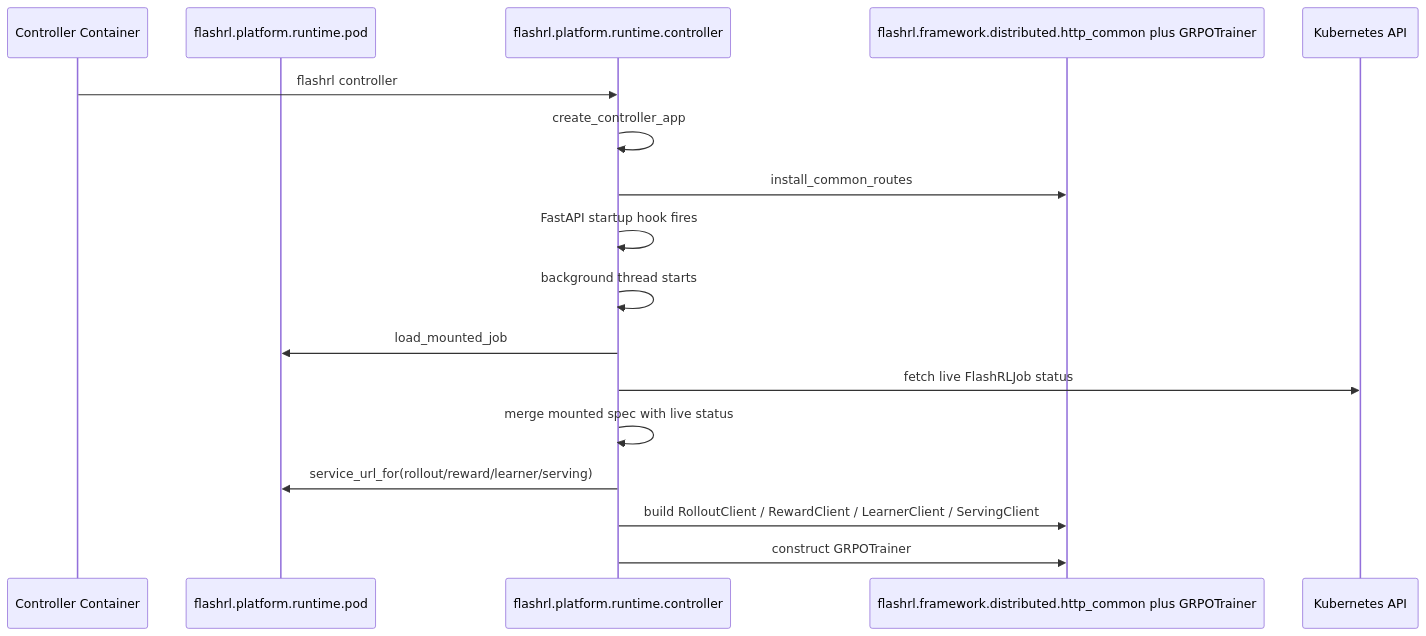
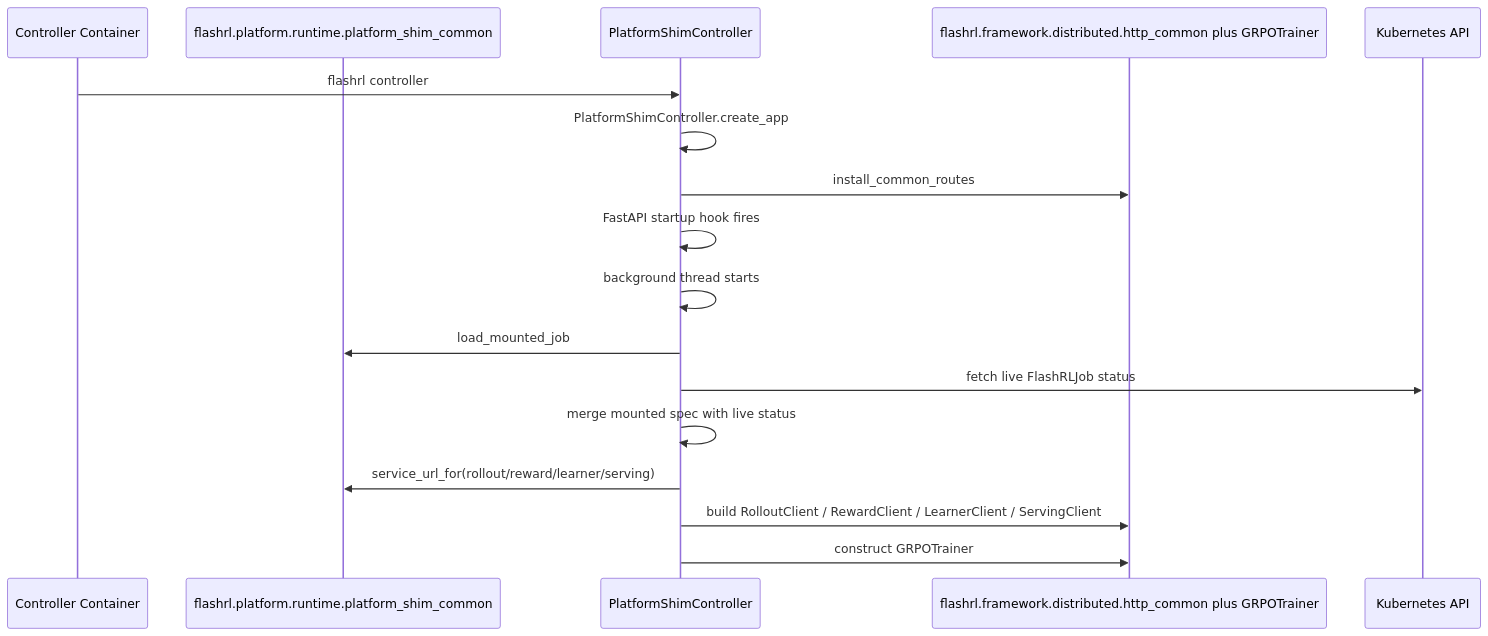
Before and after one commit to lastweek/FlashRL: the fourth of 13 diagrams in docs/platform-architecture.md, drawn with Mermaid. The commit also changed other lines of this file and 29 other files, not shown here.

````diff
--- a/docs/platform-architecture.md
+++ b/docs/platform-architecture.md
@@ -209,20 +212,20 @@
 ```mermaid
 sequenceDiagram
     participant Container as Controller Container
-    participant PodContract as flashrl.platform.runtime.pod
-    participant Platform as flashrl.platform.runtime.controller
+    participant PodContract as flashrl.platform.runtime.platform_shim_common
+    participant Platform as PlatformShimController
     participant Framework as flashrl.framework.distributed.http_common plus GRPOTrainer
     participant API as Kubernetes API
 
     Container->>Platform: flashrl controller
-    Platform->>Platform: create_controller_app
+    Platform->>Platform: PlatformShimController.create_app
     Platform->>Framework: install_common_routes
     Platform->>Platform: FastAPI startup hook fires
     Platform->>Platform: background thread starts
     Platform->>PodContract: load_mounted_job
     Platform->>API: fetch live FlashRLJob status
     Platform->>Platform: merge mounted spec with live status
     Platform->>PodContract: service_url_for(rollout/reward/learner/serving)
     Platform->>Framework: build RolloutClient / RewardClient / LearnerClient / ServingClient
     Platform->>Framework: construct GRPOTrainer
 ```
````
